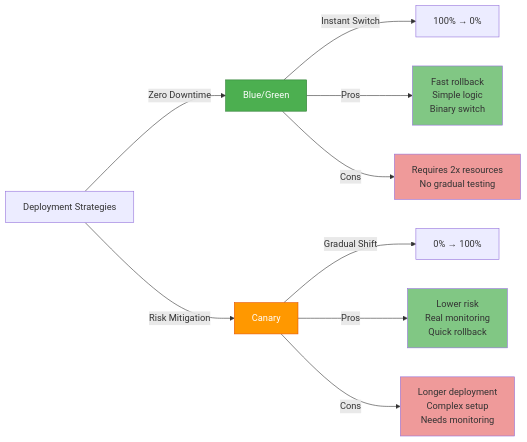
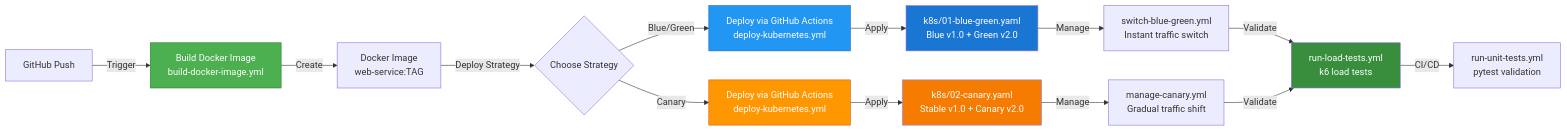
Before and after one commit to santispizzirri/tech-challenge-devops: the first of 3 diagrams in README.md, drawn with Mermaid. The commit also changed other lines of this file and 5 other files, not shown here.

Commit message:
adding minor changes - unit tests checked

````diff
--- a/README.md
+++ b/README.md
@@ -24,22 +24,30 @@
 ```mermaid
 graph LR
-    A["Deployment Strategies"]
+    A["GitHub Push"]
     
-    A -->|Zero Downtime| B["Blue/Green"]
-    A -->|Risk Mitigation| C["Canary"]
+    A -->|Trigger| B["Build Docker Image<br/>build-docker-image.yml"]
+    B -->|Create| C["Docker Image<br/>web-service:TAG"]
     
-    B -->|Instant Switch| D["100% → 0%"]
-    B -->|Pros| E["Fast rollback<br/>Simple logic<br/>Binary switch"]
-    B -->|Cons| F["Requires 2x resources<br/>No gradual testing"]
+    C -->|Deploy Strategy| D{Choose Strategy}
     
-    C -->|Gradual Shift| G["0% → 100%"]
-    C -->|Pros| H["Lower risk<br/>Real monitoring<br/>Quick rollback"]
-    C -->|Cons| I["Longer deployment<br/>Complex setup<br/>Needs monitoring"]
+    D -->|Blue/Green| E["Deploy via GitHub Actions<br/>deploy-kubernetes.yml"]
+    D -->|Canary| F["Deploy via GitHub Actions<br/>deploy-kubernetes.yml"]
+    
+    E -->|Apply| G["k8s/01-blue-green.yaml<br/>Blue v1.0 + Green v2.0"]
+    F -->|Apply| H["k8s/02-canary.yaml<br/>Stable v1.0 + Canary v2.0"]
+    
+    G -->|Manage| I["switch-blue-green.yml<br/>Instant traffic switch"]
+    H -->|Manage| J["manage-canary.yml<br/>Gradual traffic shift"]
+    
+    I -->|Validate| K["run-load-tests.yml<br/>k6 load tests"]
+    J -->|Validate| K
+    
+    K -->|CI/CD| L["run-unit-tests.yml<br/>pytest validation"]
     
     style B fill:#4CAF50,stroke:#2E7D32,color:#fff
-    style C fill:#FF9800,stroke:#E65100,color:#fff
-    style E fill:#81C784
-    style F fill:#EF9A9A
-    style H fill:#81C784
-    style I fill:#EF9A9A
+    style E fill:#2196F3,stroke:#1565C0,color:#fff
+    style F fill:#FF9800,stroke:#E65100,color:#fff
+    style G fill:#1976D2,color:#fff
+    style H fill:#F57C00,color:#fff
+    style K fill:#388E3C,color:#fff
 ```
````
